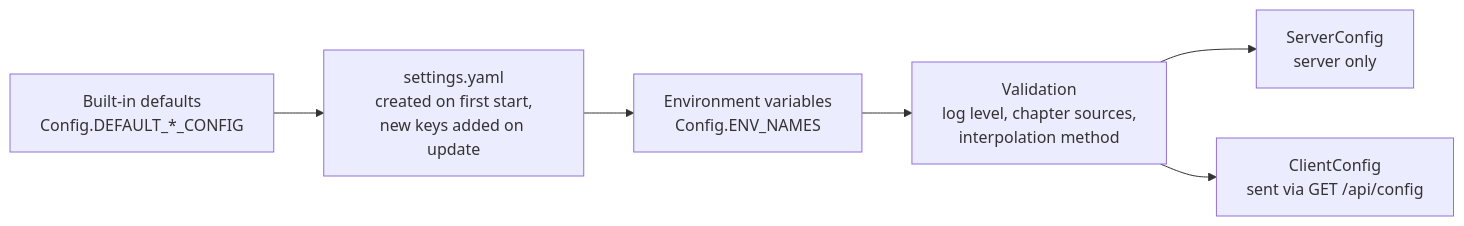
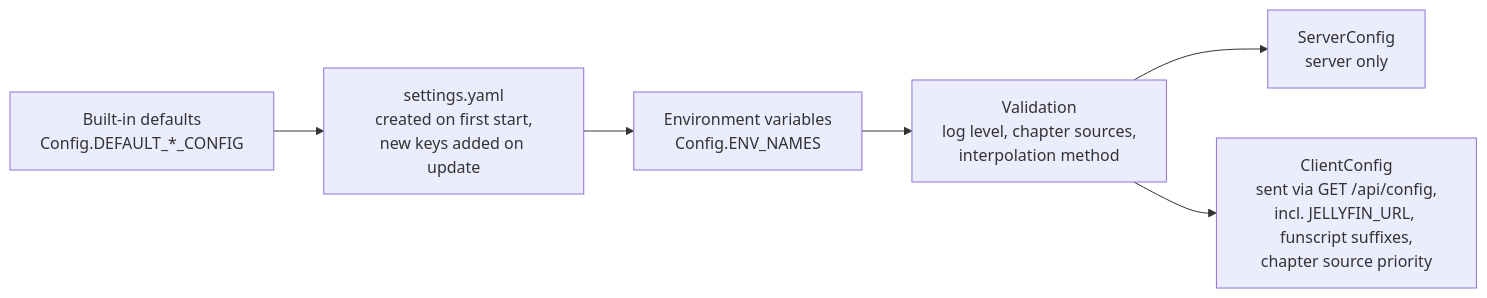
The second of 4 diagrams in docs/developer/server.md (lumbar-spine-support/docker-haptic-player), drawn with Mermaid before and after one commit. The commit also changed other lines of this file and 16 other files, not shown here.

First line of the commit message:
docs: describe the Jellyfin-backed architecture

````diff
--- a/docs/developer/server.md
+++ b/docs/developer/server.md
@@ -29,8 +27,8 @@
 ```mermaid
 flowchart LR
   D["Built-in defaults<br/>Config.DEFAULT_*_CONFIG"] --> Y["settings.yaml<br/>created on first start,<br/>new keys added on update"]
   Y --> E["Environment variables<br/>Config.ENV_NAMES"]
   E --> V["Validation<br/>log level, chapter sources,<br/>interpolation method"]
   V --> SC["ServerConfig<br/>server only"]
-  V --> CC["ClientConfig<br/>sent via GET /api/config"]
+  V --> CC["ClientConfig<br/>sent via GET /api/config,<br/>incl. JELLYFIN_URL, funscript suffixes,<br/>chapter source priority"]
 ```
````
